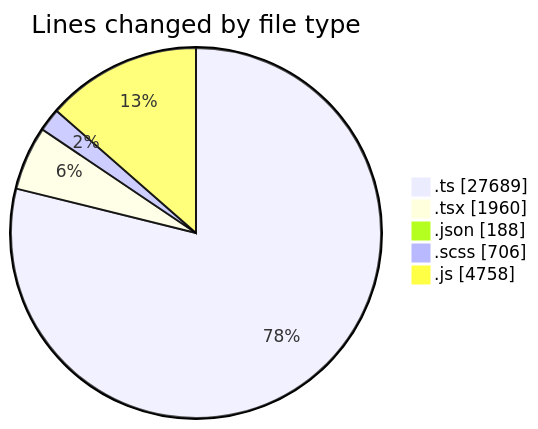
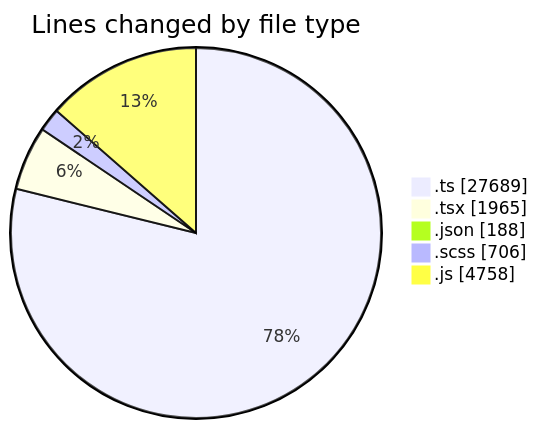
Before and after one commit to momahboobian/code-tracking: the first of 2 diagrams in 2026-05-07/cda/README.md, drawn with Mermaid. The commit also changed other lines of this file and 1 other file, not shown here.

````diff
--- a/2026-05-07/cda/README.md
+++ b/2026-05-07/cda/README.md
@@ -46,9 +46,9 @@
 ```mermaid
 pie showData
 title Lines changed by file type
 ".ts" : 27689
-".tsx" : 1960
+".tsx" : 1965
 ".json" : 188
 ".scss" : 706
 ".js" : 4758
 ```
````
